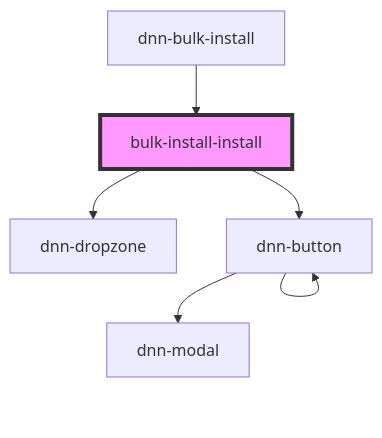
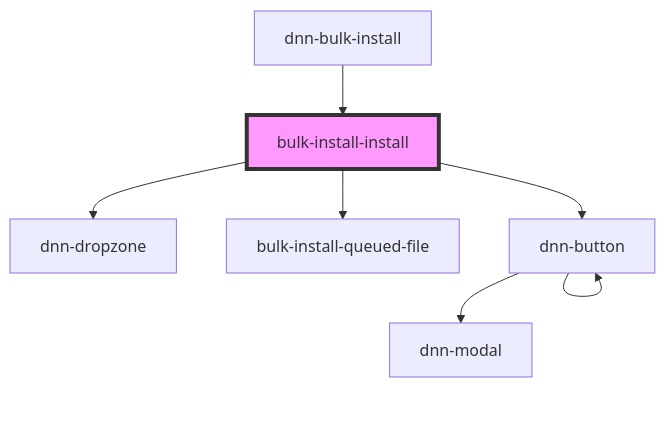
One commit to dnnsoftware/Dnn.Platform changed the diagram in DNN Platform/Modules/BulkInstall/BulkInstall.Web/src/components/tabs/bulk-install-install/readme.md. Above: the diagram before and after it, drawn with Mermaid. The commit also changed other lines of this file and 13 other files, not shown here.

````diff
--- a/DNN Platform/Modules/BulkInstall/BulkInstall.Web/src/components/tabs/bulk-install-install/readme.md
+++ b/DNN Platform/Modules/BulkInstall/BulkInstall.Web/src/components/tabs/bulk-install-install/readme.md
@@ -18,9 +19,10 @@
 ```mermaid
 graph TD;
   bulk-install-install --> dnn-dropzone
+  bulk-install-install --> bulk-install-queued-file
   bulk-install-install --> dnn-button
   dnn-button --> dnn-modal
   dnn-button --> dnn-button
   dnn-bulk-install --> bulk-install-install
   style bulk-install-install fill:#f9f,stroke:#333,stroke-width:4px
 ```
````
